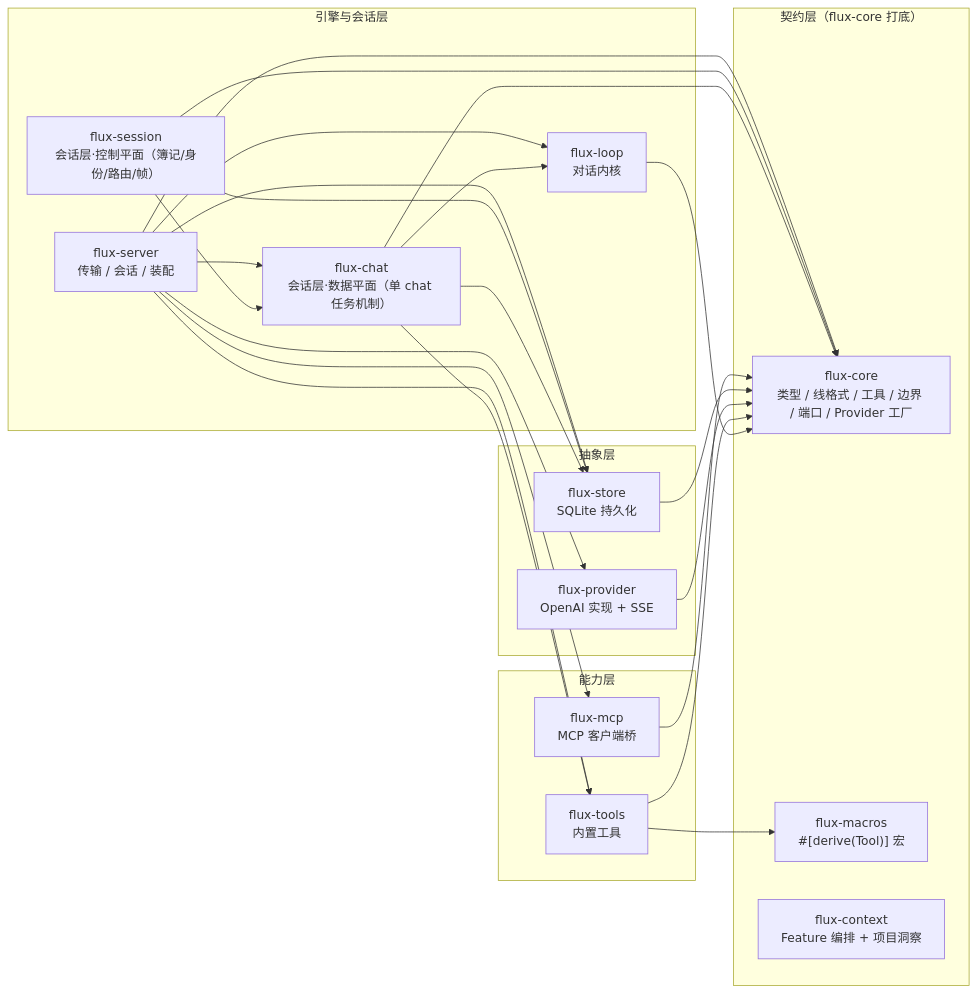
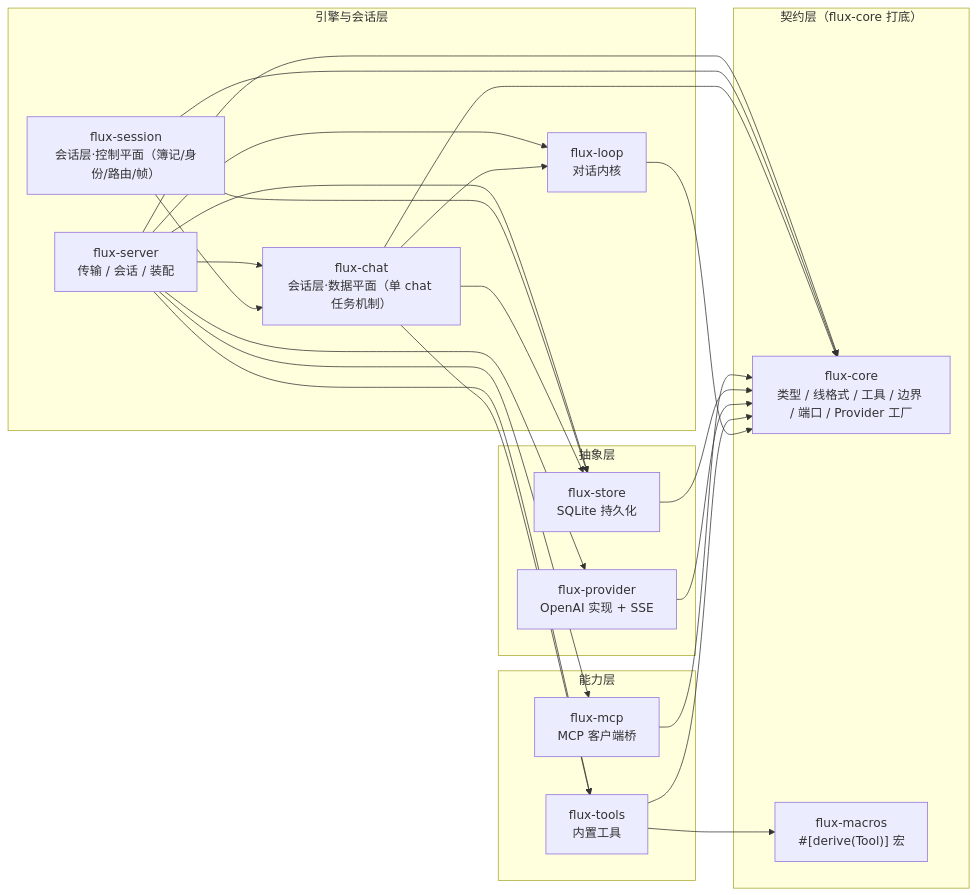
One commit to km0e/flux changed the second of 8 diagrams in docs/architecture.md. Above: the diagram before and after it, drawn with Mermaid. The commit also changed other lines of this file and 69 other files, not shown here.

````diff
--- a/docs/architecture.md
+++ b/docs/architecture.md
@@ -66,42 +65,41 @@
 ```mermaid
 graph LR
  subgraph L0["契约层（flux-core 打底）"]
  CORE["flux-core<br/>类型 / 线格式 / 工具 / 边界 / 端口 / Provider 工厂"]
  DERIVE["flux-macros<br/>#[derive(Tool)] 宏"]
- CTX["flux-context<br/>Feature 编排 + 项目洞察"]
  end
  subgraph L1["抽象层"]
  PROVIDER["flux-provider<br/>OpenAI 实现 + SSE"]
  STORE["flux-store<br/>SQLite 持久化"]
  end
  subgraph L2["能力层"]
  TOOLS["flux-tools<br/>内置工具"]
  MCP["flux-mcp<br/>MCP 客户端桥"]
  end
  subgraph L3["引擎与会话层"]
  LOOP["flux-loop<br/>对话内核"]
  CHAT["flux-chat<br/>会话层·数据平面（单 chat 任务机制）"]
  SESSION["flux-session<br/>会话层·控制平面（簿记/身份/路由/帧）"]
  SERVER["flux-server<br/>传输 / 会话 / 装配"]
  end
  LOOP --> CORE
  TOOLS --> CORE
  TOOLS --> DERIVE
  PROVIDER --> CORE
  STORE --> CORE
  MCP --> CORE
  CHAT --> CORE
  CHAT --> STORE
  CHAT --> LOOP
  CHAT --> TOOLS
  SESSION --> CORE
  SESSION --> CHAT
  SESSION --> STORE
  SERVER --> CORE
  SERVER --> PROVIDER
  SERVER --> TOOLS
  SERVER --> MCP
  SERVER --> STORE
  SERVER --> CHAT
  SERVER --> LOOP
 ```
````
